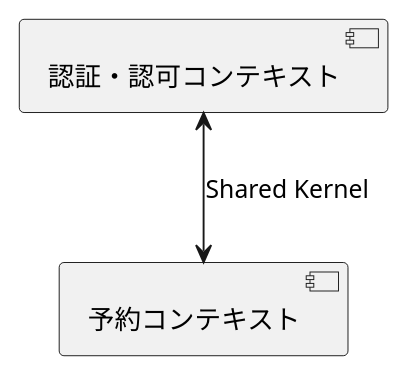
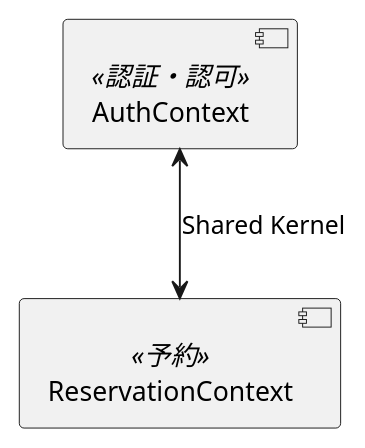
Before and after one commit to k2works/case-study-mrs: diagram 18 of 22 in docs/index.adoc, drawn with PlantUML. The commit also changed other lines of this file, not shown here.

Commit message:
docs: ドキュメント更新

```diff
--- a/docs/index.adoc
+++ b/docs/index.adoc
@@ -617,9 +617,9 @@
 [plantuml]
 ----
 skinparam componentStyle uml2
 
-component [認証・認可コンテキスト]
-component [予約コンテキスト]
+component [AuthContext] <<認証・認可>>
+component [ReservationContext] <<予約>>
 
-[認証・認可コンテキスト]<-->[予約コンテキスト] : Shared Kernel
+[AuthContext]<-->[ReservationContext] : Shared Kernel
 ----
```
